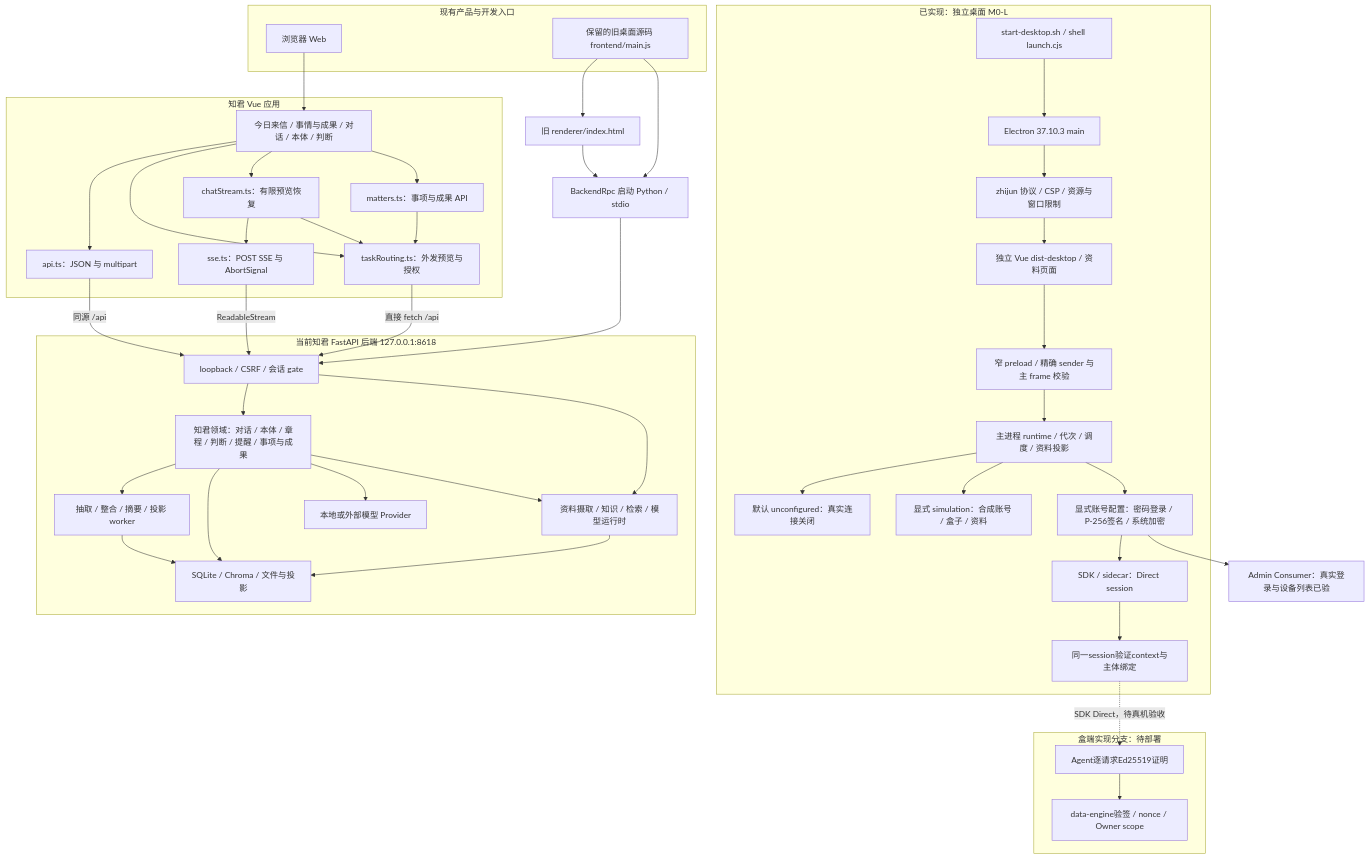
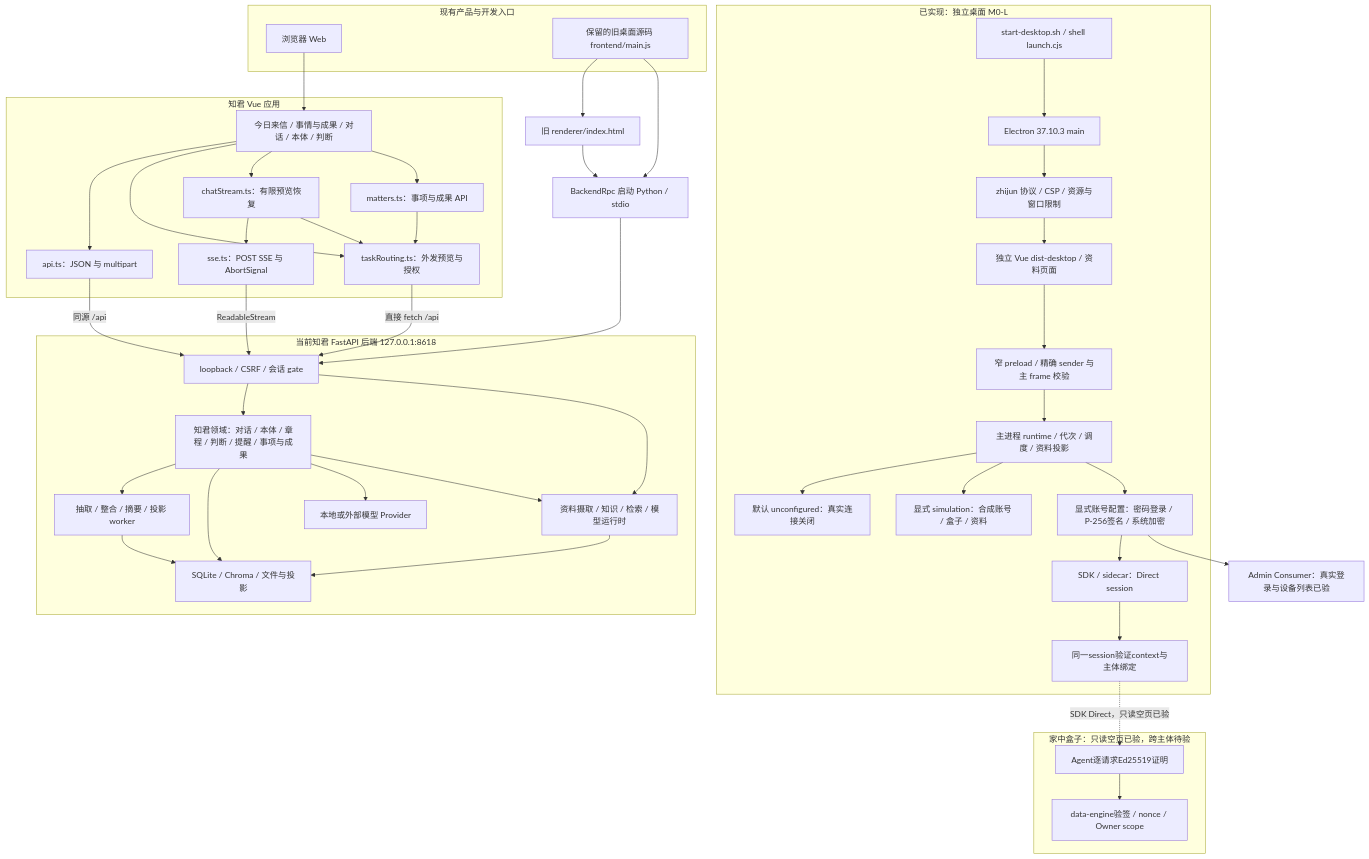
The first of 4 diagrams in docs/development/ARCHITECTURE-0905.md (finewood2008/centaurAI-zhijun), drawn with Mermaid before and after one commit. The commit also changed other lines of this file and 19 other files, not shown here.

````diff
--- a/docs/development/ARCHITECTURE-0905.md
+++ b/docs/development/ARCHITECTURE-0905.md
@@ -32,68 +39,68 @@
 ```mermaid
 flowchart TB
   subgraph entry[现有产品与开发入口]
     browser[浏览器 Web]
     legacy[保留的旧桌面源码 frontend/main.js]
   end
   browser --> vue
   legacy --> oldui[旧 renderer/index.html]
   legacy --> rpc[BackendRpc 启动 Python / stdio]
   oldui --> rpc
   subgraph desktop[已实现：独立桌面 M0-L]
     launch[start-desktop.sh / shell launch.cjs]
     shell[Electron 37.10.3 main]
     protocol[zhijun 协议 / CSP / 资源与窗口限制]
     desktopui[独立 Vue dist-desktop / 资料页面]
     preload[窄 preload / 精确 sender 与主 frame 校验]
     runtime[主进程 runtime / 代次 / 调度 / 资料投影]
     closed[默认 unconfigured：真实连接关闭]
     simulated[显式 simulation：合成账号 / 盒子 / 资料]
     launch --> shell --> protocol --> desktopui
     desktopui --> preload --> runtime
     runtime --> closed
     runtime --> simulated
     runtime --> configured[显式账号配置：密码登录 / P-256签名 / 系统加密]
     configured --> sdkmain[SDK / sidecar：Direct session]
     sdkmain --> context[同一session验证context与主体绑定]
   end
   configured --> consumer[Admin Consumer：真实登录与设备列表已验]
-  subgraph remotebox[盒端实现分支：待部署]
+  subgraph remotebox[家中盒子：只读空页已验，跨主体待验]
     agentbridge[Agent逐请求Ed25519证明]
     degate[data-engine验签 / nonce / Owner scope]
     agentbridge --> degate
   end
-  context -. SDK Direct，待真机验收 .-> agentbridge
+  context -. SDK Direct，只读空页已验 .-> agentbridge
   subgraph product[知君 Vue 应用]
     vue[今日来信 / 事情与成果 / 对话 / 本体 / 判断]
     api[api.ts：JSON 与 multipart]
     route[taskRouting.ts：外发预览与授权]
     sse[sse.ts：POST SSE 与 AbortSignal]
     chat[chatStream.ts：有限预览恢复]
     matters[matters.ts：事项与成果 API]
     vue --> api
     vue --> route
     vue --> chat --> sse
     chat --> route
     vue --> matters --> route
   end
   api -->|同源 /api| fastapi
   route -->|直接 fetch /api| fastapi
   sse -->|ReadableStream| fastapi
   rpc --> fastapi
   subgraph backend[当前知君 FastAPI 后端 127.0.0.1:8618]
     fastapi[loopback / CSRF / 会话 gate]
     domain[知君领域：对话 / 本体 / 章程 / 判断 / 提醒 / 事项与成果]
     worker[抽取 / 整合 / 摘要 / 投影 worker]
     base[资料摄取 / 知识 / 检索 / 模型运行时]
     stores[SQLite / Chroma / 文件与投影]
     models[本地或外部模型 Provider]
     fastapi --> domain
     fastapi --> base
     domain --> worker
     domain --> stores
     worker --> stores
     domain --> models
     domain --> base
     base --> stores
   end
 ```
````
